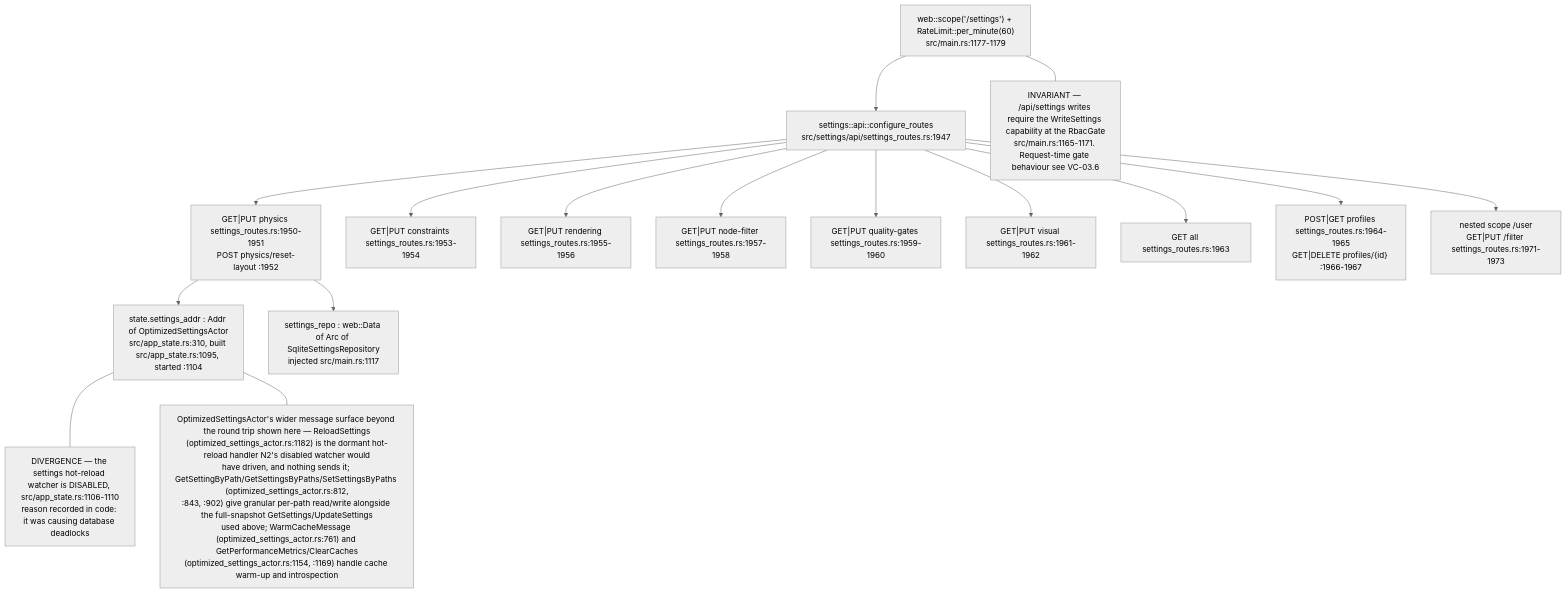
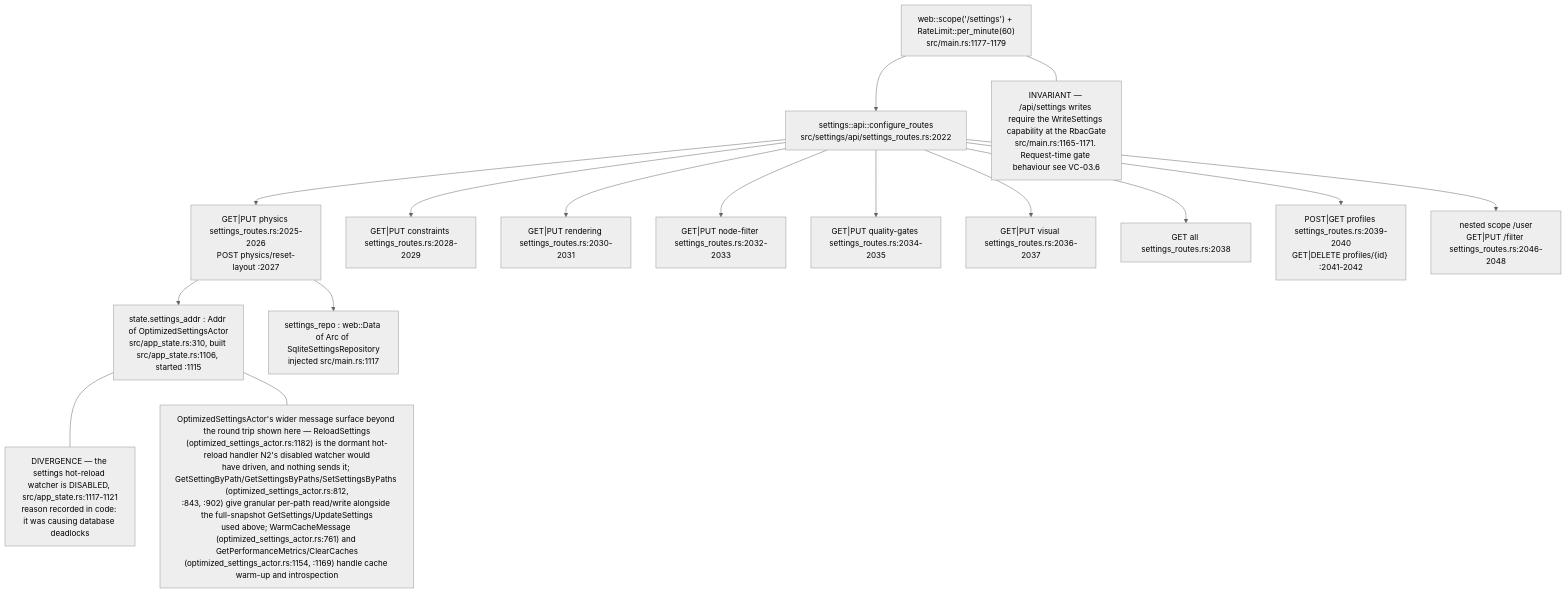
One commit to DreamLab-AI/VisionFlow changed the first of 9 diagrams in docs/diagrams/visionclaw/06-settings-round-trip.md. Above: the diagram before and after it, drawn with Mermaid (neutral theme). The commit also changed other lines of this file and 81 other files, not shown here.

First line of the commit message:
docs(diagrams): roll VisionClaw topics to main 010e1109b (PR 37 and 38 merged); fix remaining prose citations

````diff
--- a/docs/diagrams/visionclaw/06-settings-round-trip.md
+++ b/docs/diagrams/visionclaw/06-settings-round-trip.md
@@ -57,24 +57,24 @@
 ```mermaid
 flowchart TB
     S["web::scope('/settings') + RateLimit::per_minute(60)<br/>src/main.rs:1177-1179"]
-    S --> CFG["settings::api::configure_routes<br/>src/settings/api/settings_routes.rs:1947"]
-    CFG --> P["GET|PUT physics settings_routes.rs:1950-1951<br/>POST physics/reset-layout :1952"]
-    CFG --> C["GET|PUT constraints settings_routes.rs:1953-1954"]
-    CFG --> R["GET|PUT rendering settings_routes.rs:1955-1956"]
-    CFG --> NF["GET|PUT node-filter settings_routes.rs:1957-1958"]
-    CFG --> QG["GET|PUT quality-gates settings_routes.rs:1959-1960"]
-    CFG --> V["GET|PUT visual settings_routes.rs:1961-1962"]
-    CFG --> AL["GET all settings_routes.rs:1963"]
-    CFG --> PR["POST|GET profiles settings_routes.rs:1964-1965<br/>GET|DELETE profiles/{id} :1966-1967"]
-    CFG --> U["nested scope /user<br/>GET|PUT /filter settings_routes.rs:1971-1973"]
-    ACT["state.settings_addr : Addr of OptimizedSettingsActor<br/>src/app_state.rs:310, built src/app_state.rs:1095, started :1104"]
+    S --> CFG["settings::api::configure_routes<br/>src/settings/api/settings_routes.rs:2022"]
+    CFG --> P["GET|PUT physics settings_routes.rs:2025-2026<br/>POST physics/reset-layout :2027"]
+    CFG --> C["GET|PUT constraints settings_routes.rs:2028-2029"]
+    CFG --> R["GET|PUT rendering settings_routes.rs:2030-2031"]
+    CFG --> NF["GET|PUT node-filter settings_routes.rs:2032-2033"]
+    CFG --> QG["GET|PUT quality-gates settings_routes.rs:2034-2035"]
+    CFG --> V["GET|PUT visual settings_routes.rs:2036-2037"]
+    CFG --> AL["GET all settings_routes.rs:2038"]
+    CFG --> PR["POST|GET profiles settings_routes.rs:2039-2040<br/>GET|DELETE profiles/{id} :2041-2042"]
+    CFG --> U["nested scope /user<br/>GET|PUT /filter settings_routes.rs:2046-2048"]
+    ACT["state.settings_addr : Addr of OptimizedSettingsActor<br/>src/app_state.rs:310, built src/app_state.rs:1106, started :1115"]
     REPO["settings_repo : web::Data of Arc of SqliteSettingsRepository<br/>injected src/main.rs:1117"]
     P --> ACT
     P --> REPO
     N1["INVARIANT — /api/settings writes require the WriteSettings capability at the RbacGate<br/>src/main.rs:1165-1171. Request-time gate behaviour see VC-03.6"]
     S --- N1
-    N2["DIVERGENCE — the settings hot-reload watcher is DISABLED, src/app_state.rs:1106-1110<br/>reason recorded in code: it was causing database deadlocks"]
+    N2["DIVERGENCE — the settings hot-reload watcher is DISABLED, src/app_state.rs:1117-1121<br/>reason recorded in code: it was causing database deadlocks"]
     ACT --- N2
     N3["OptimizedSettingsActor's wider message surface beyond the round trip shown here — ReloadSettings<br/>(optimized_settings_actor.rs:1182) is the dormant hot-reload handler N2's disabled watcher would<br/>have driven, and nothing sends it; GetSettingByPath/GetSettingsByPaths/SetSettingsByPaths (optimized_settings_actor.rs:812,<br/>:843, :902) give granular per-path read/write alongside the full-snapshot GetSettings/UpdateSettings<br/>used above; WarmCacheMessage (optimized_settings_actor.rs:761) and GetPerformanceMetrics/ClearCaches<br/>(optimized_settings_actor.rs:1154, :1169) handle cache warm-up and introspection"]
     ACT --- N3
 ```
````
